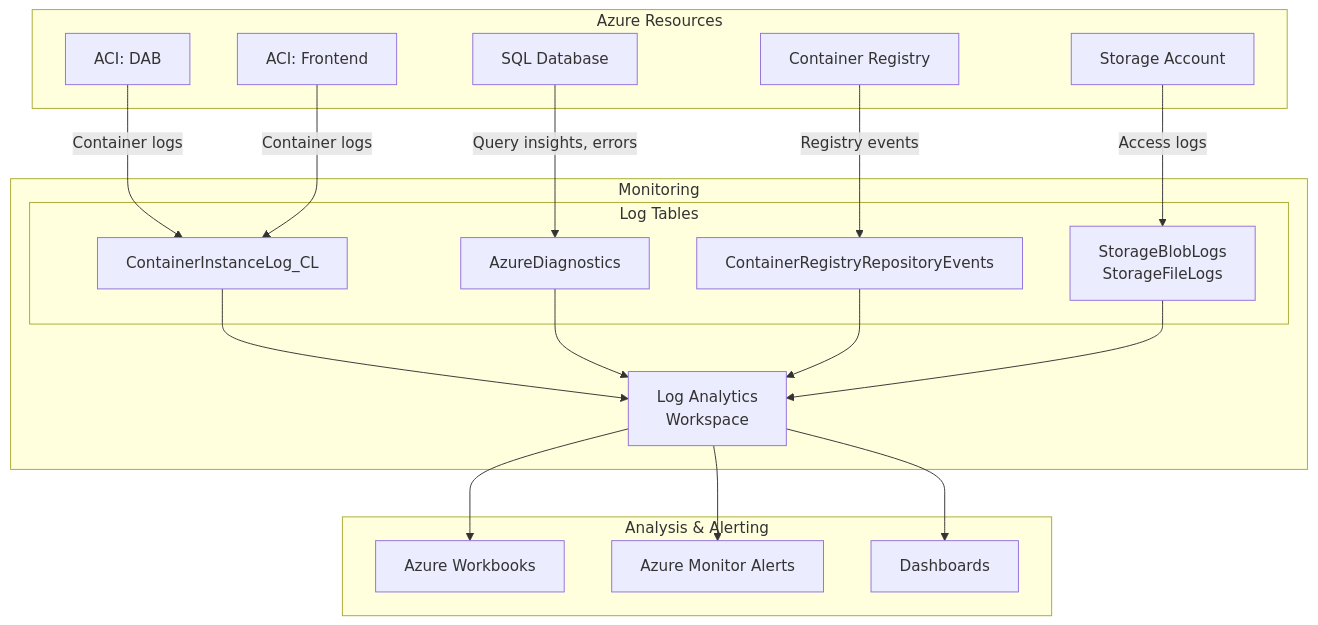
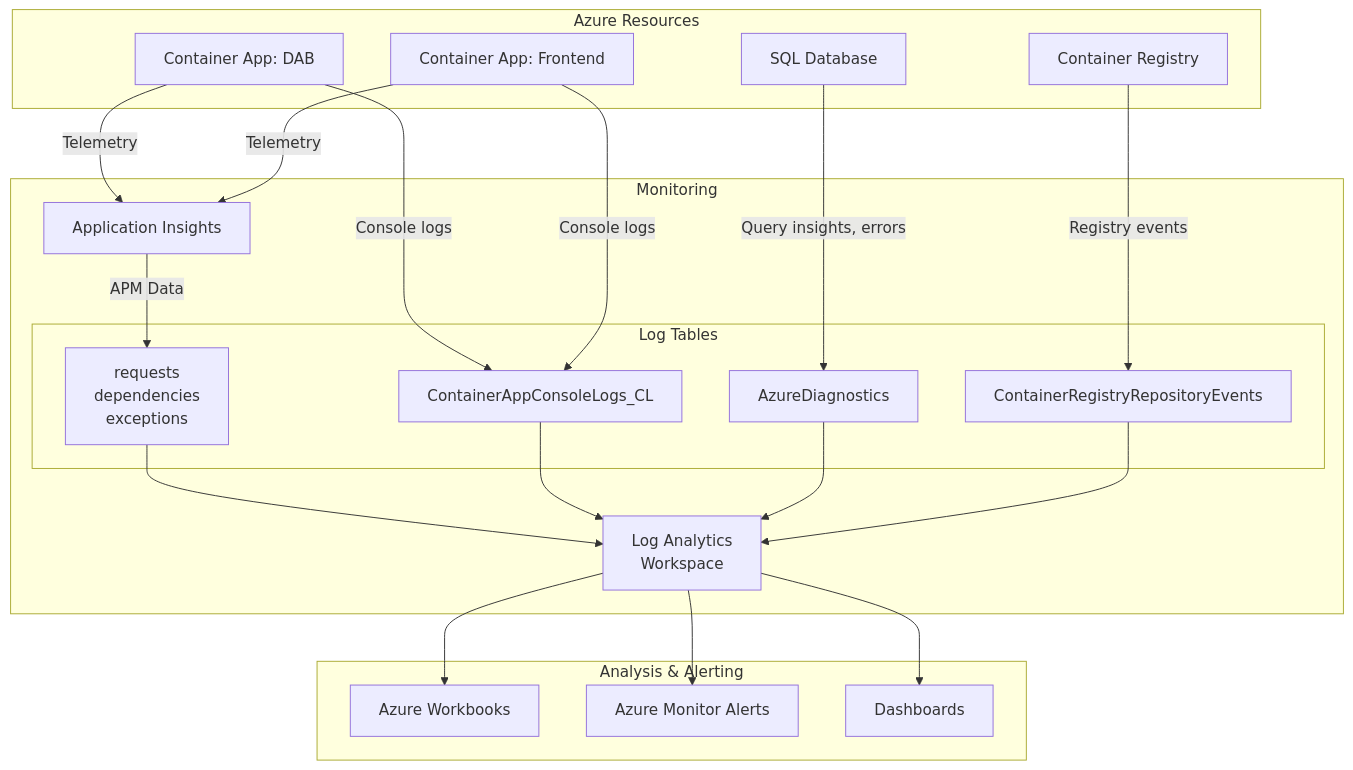
Diagram 13 of 13 in docs/architecture.md (fgarofalo56/azure-dab-fullstack-demo), drawn with Mermaid before and after one commit. The commit also changed other lines of this file and 40 other files, not shown here.

````diff
--- a/docs/architecture.md
+++ b/docs/architecture.md
@@ -583,42 +650,45 @@
 ```mermaid
 flowchart TB
     subgraph Resources["Azure Resources"]
         ACR["Container Registry"]
-        ACI1["ACI: DAB"]
-        ACI2["ACI: Frontend"]
+        CA1["Container App: DAB"]
+        CA2["Container App: Frontend"]
         SQL["SQL Database"]
-        Storage["Storage Account"]
     end
 
     subgraph Monitoring["Monitoring"]
+        AppInsights["Application Insights"]
         LAW["Log Analytics<br/>Workspace"]
 
         subgraph Tables["Log Tables"]
-            ContainerLogs["ContainerInstanceLog_CL"]
+            AppRequests["requests<br/>dependencies<br/>exceptions"]
+            ContainerLogs["ContainerAppConsoleLogs_CL"]
             AzureDiag["AzureDiagnostics"]
             ContainerReg["ContainerRegistryRepositoryEvents"]
-            StorageLogs["StorageBlobLogs<br/>StorageFileLogs"]
         end
     end
 
     subgraph Analysis["Analysis & Alerting"]
         Workbooks["Azure Workbooks"]
         Alerts["Azure Monitor Alerts"]
         Dashboards["Dashboards"]
     end
 
+    CA1 -->|"Telemetry"| AppInsights
+    CA2 -->|"Telemetry"| AppInsights
+    AppInsights -->|"APM Data"| AppRequests
+
     ACR -->|"Registry events"| ContainerReg
-    ACI1 -->|"Container logs"| ContainerLogs
-    ACI2 -->|"Container logs"| ContainerLogs
+    CA1 -->|"Console logs"| ContainerLogs
+    CA2 -->|"Console logs"| ContainerLogs
     SQL -->|"Query insights, errors"| AzureDiag
-    Storage -->|"Access logs"| StorageLogs
 
+    AppRequests --> LAW
     ContainerLogs --> LAW
     AzureDiag --> LAW
     ContainerReg --> LAW
-    StorageLogs --> LAW
 
     LAW --> Workbooks
     LAW --> Alerts
     LAW --> Dashboards
 ```
````
